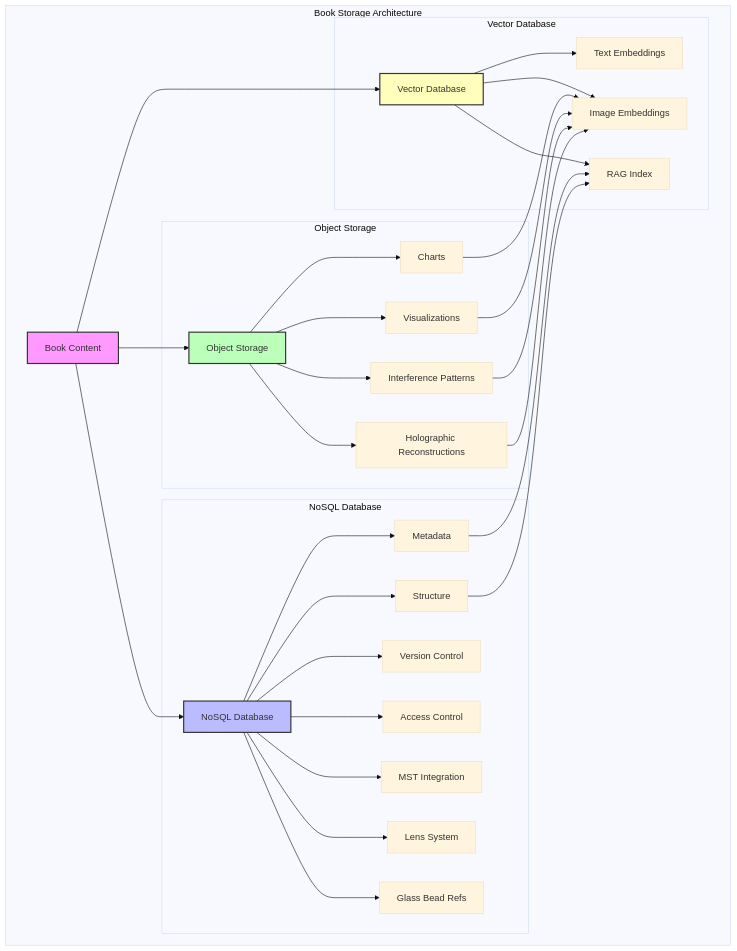
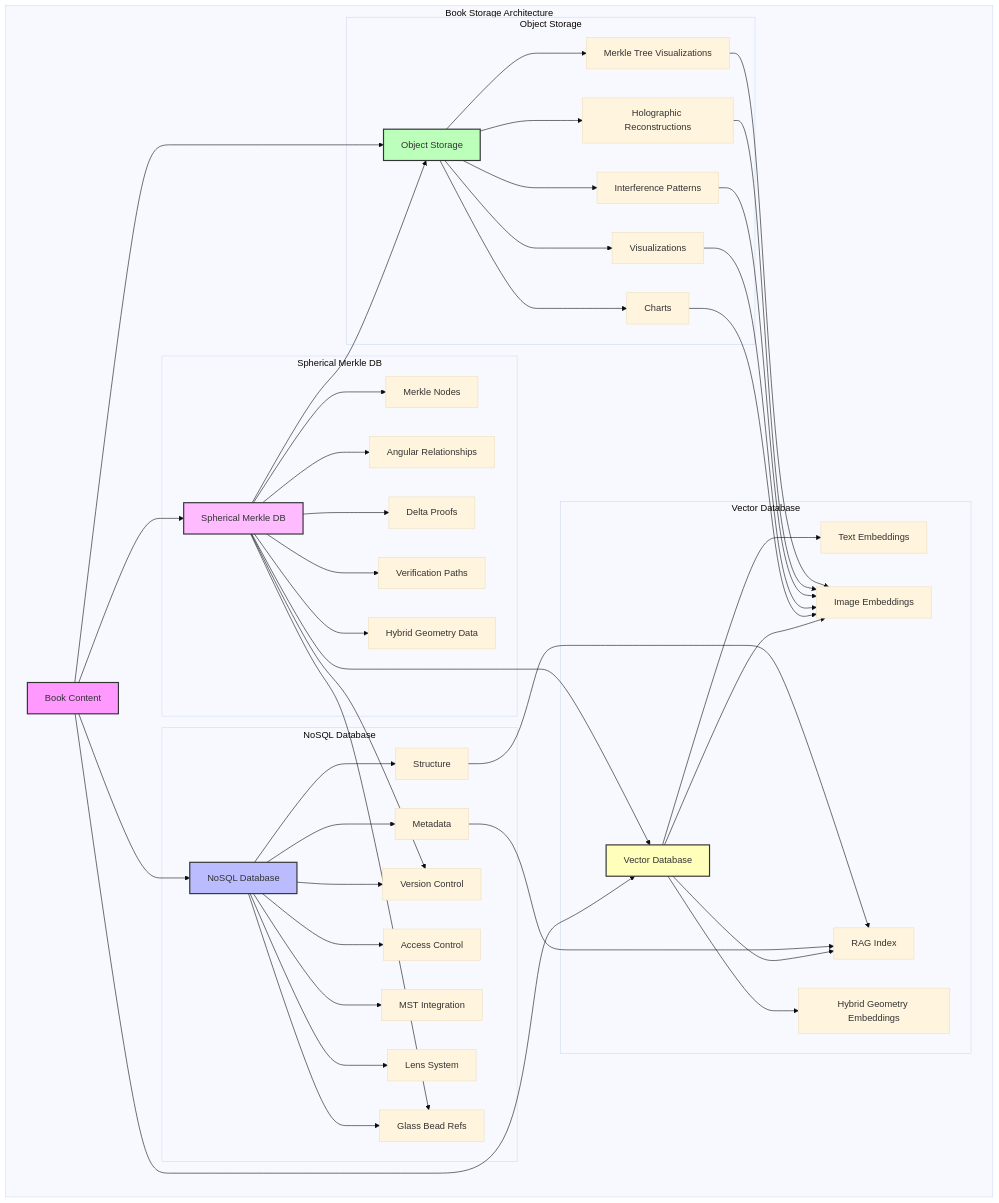
The fourth of 6 diagrams in docs/3. the machine system/memorativa-3-2-book-outputs.md (heavyblotto/memorativa), drawn with Mermaid (base theme) before and after one commit. The commit also changed other lines of this file and 71 other files, not shown here.

````diff
--- a/docs/3. the machine system/memorativa-3-2-book-outputs.md
+++ b/docs/3. the machine system/memorativa-3-2-book-outputs.md
@@ -1104,44 +507,63 @@
 ```mermaid
 graph TD
     subgraph "Book Storage Architecture"
         B[Book Content] --> DB[NoSQL Database]
         B --> OS[Object Storage]
         B --> VDB[Vector Database]
+        B --> SMT[Spherical Merkle DB]
 
         subgraph "NoSQL Database"
             DB --> MD[Metadata]
             DB --> STR[Structure]
             DB --> VC[Version Control]
             DB --> AC[Access Control]
             DB --> MST[MST Integration]
             DB --> LS[Lens System]
             DB --> GB[Glass Bead Refs]
         end
 
         subgraph "Object Storage"
             OS --> CH[Charts]
             OS --> VIS[Visualizations]
             OS --> IP[Interference Patterns]
             OS --> HR[Holographic Reconstructions]
+            OS --> MTV[Merkle Tree Visualizations]
         end
 
         subgraph "Vector Database"
             VDB --> TE[Text Embeddings]
             VDB --> IE[Image Embeddings]
             VDB --> RAG[RAG Index]
+            VDB --> HGE[Hybrid Geometry Embeddings]
+        end
+        
+        subgraph "Spherical Merkle DB"
+            SMT --> MN[Merkle Nodes]
+            SMT --> AR[Angular Relationships]
+            SMT --> DP[Delta Proofs]
+            SMT --> VP[Verification Paths]
+            SMT --> HG[Hybrid Geometry Data]
         end
 
         %% Data Flow
         MD --> RAG
         STR --> RAG
         CH --> IE
         VIS --> IE
         IP --> IE
         HR --> IE
+        MTV --> IE
+        
+        %% SMT Integration
+        SMT --> VC
+        SMT --> GB
+        SMT --> OS
+        SMT --> VDB
     end
 
     style B fill:#f9f,stroke:#333,stroke-width:2px
     style DB fill:#bbf,stroke:#333,stroke-width:2px
     style OS fill:#bfb,stroke:#333,stroke-width:2px
     style VDB fill:#ffb,stroke:#333,stroke-width:2px
+    style SMT fill:#fbf,stroke:#333,stroke-width:2px
 ```
````
